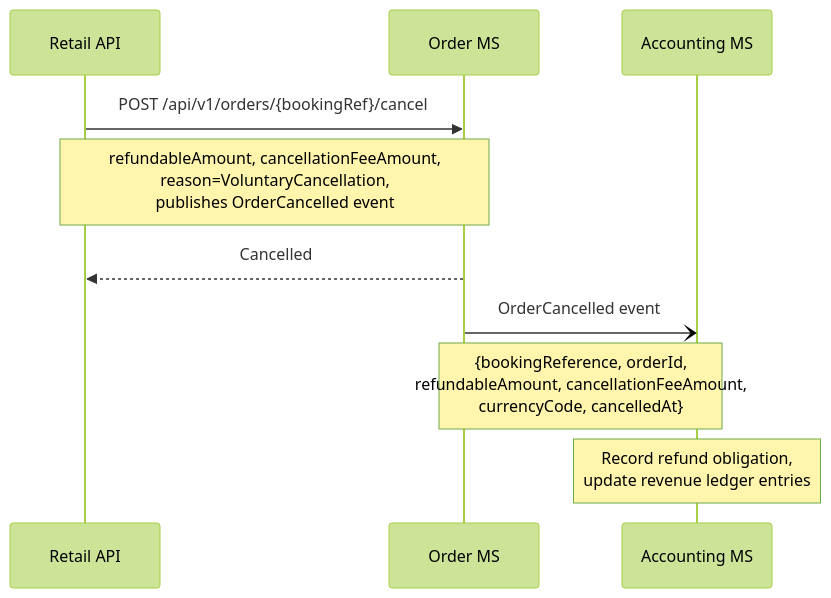
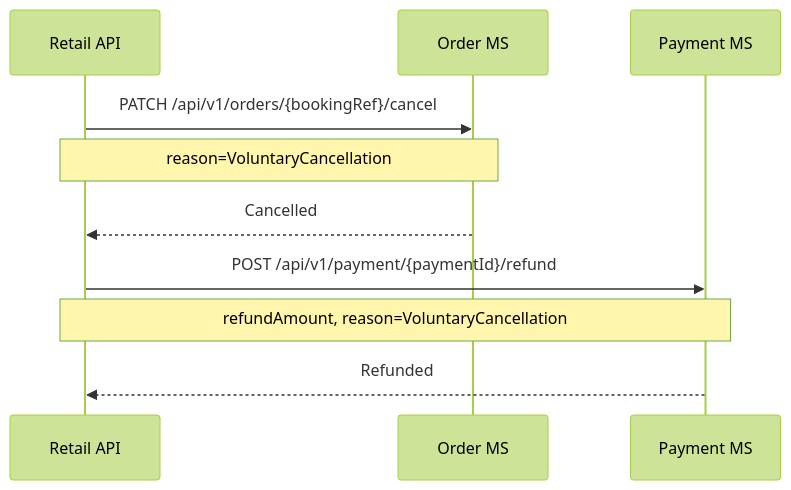
Before and after one commit to sebharvey/airline-reservation-system: the second of 2 diagrams in documentation/sequences/accounting.md, drawn with Mermaid (forest theme). The commit also changed other lines of this file and 11 other files, not shown here.

````diff
--- a/documentation/sequences/accounting.md
+++ b/documentation/sequences/accounting.md
@@ -35,15 +42,14 @@
 ```mermaid
 sequenceDiagram
     participant RetailAPI as Retail API
     participant OrderMS as Order MS
-    participant AccountingMS as Accounting MS
+    participant PaymentMS as Payment MS
 
-    RetailAPI->>OrderMS: POST /api/v1/orders/{bookingRef}/cancel
-    Note over RetailAPI,OrderMS: refundableAmount, cancellationFeeAmount,<br/>reason=VoluntaryCancellation,<br/>publishes OrderCancelled event
+    RetailAPI->>OrderMS: PATCH /api/v1/orders/{bookingRef}/cancel
+    Note over RetailAPI,OrderMS: reason=VoluntaryCancellation
     OrderMS-->>RetailAPI: Cancelled
 
-    OrderMS-)AccountingMS: OrderCancelled event
-    Note over OrderMS,AccountingMS: {bookingReference, orderId,<br/>refundableAmount, cancellationFeeAmount,<br/>currencyCode, cancelledAt}
-
-    Note over AccountingMS: Record refund obligation,<br/>update revenue ledger entries
+    RetailAPI->>PaymentMS: POST /api/v1/payment/{paymentId}/refund
+    Note over RetailAPI,PaymentMS: refundAmount, reason=VoluntaryCancellation
+    PaymentMS-->>RetailAPI: Refunded
 ```
````
